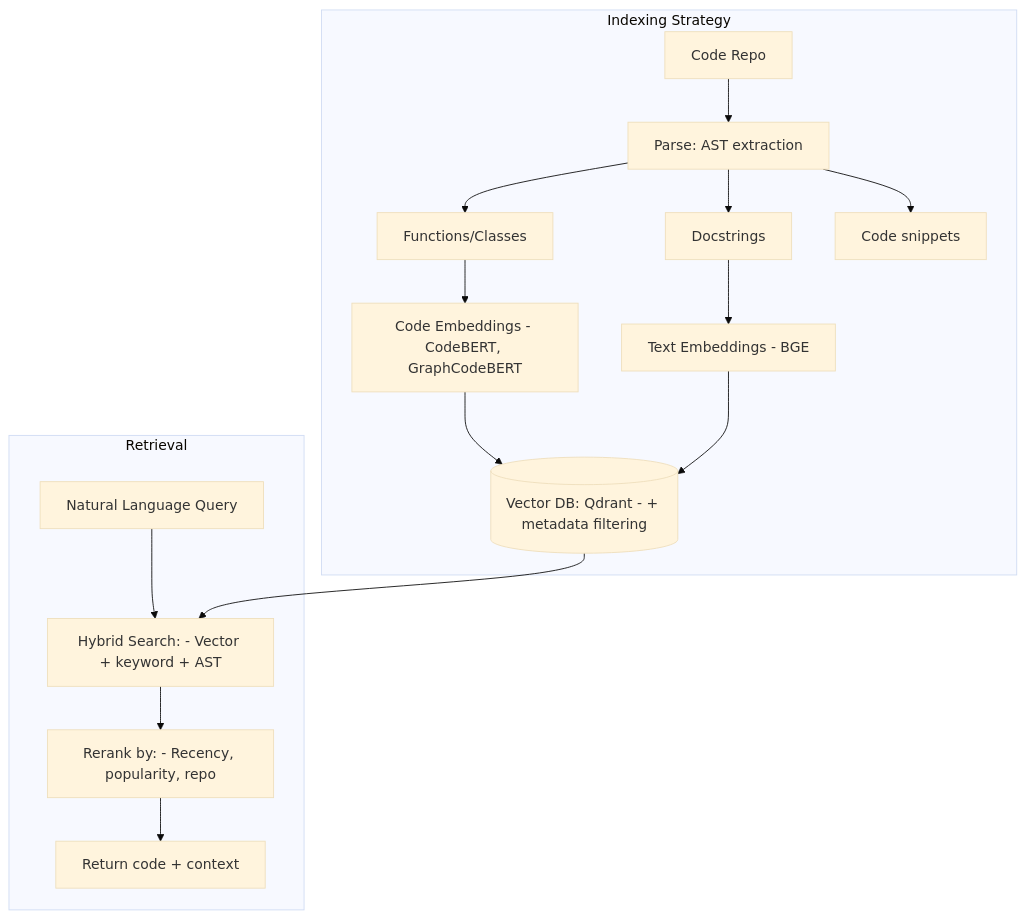
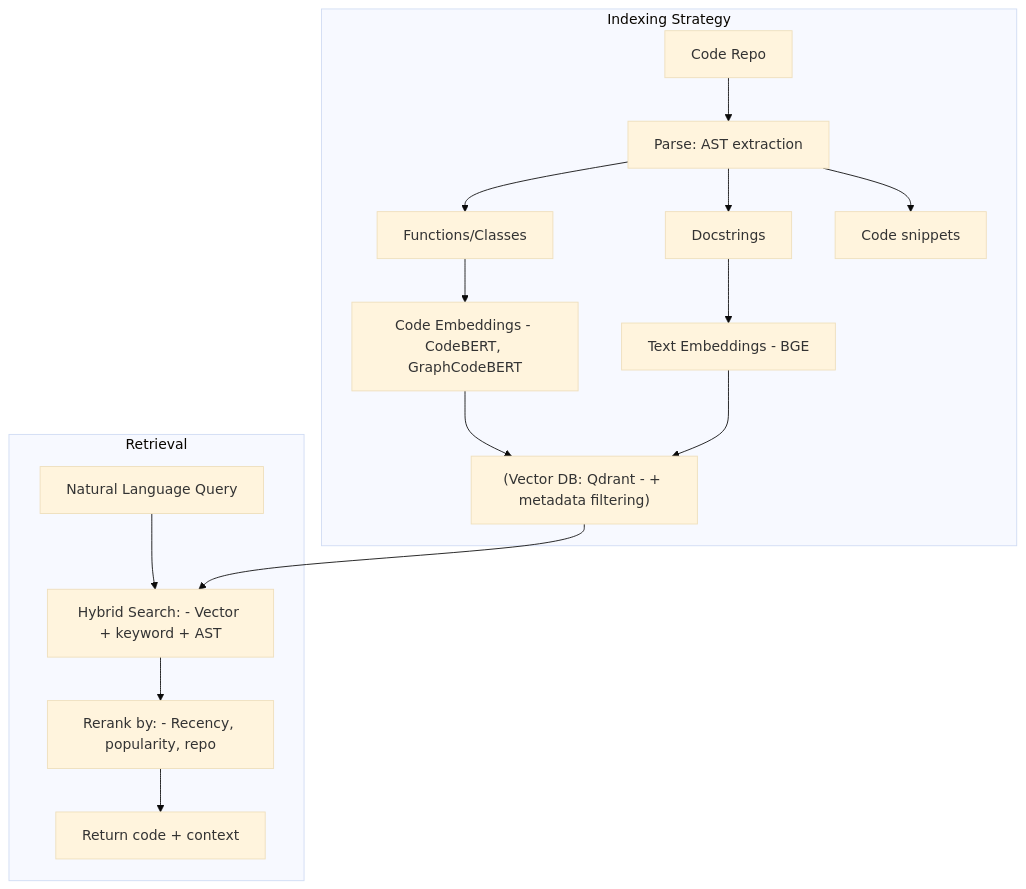
The second of 3 diagrams in docs/learning/10-interview-prep.md (indhra/llm_rag_sec_findings), drawn with Mermaid (base theme) before and after one commit. The commit also changed other lines of this file and 9 other files, not shown here.

````diff
--- a/docs/learning/10-interview-prep.md
+++ b/docs/learning/10-interview-prep.md
@@ -455,22 +455,22 @@
 ```mermaid
 graph TB
     subgraph "Indexing Strategy"
-        C[Code Repo] --> P[Parse: AST extraction]
-        P --> F1[Functions/Classes]
+        C[Code Repo] --> P["Parse: AST extraction"]
+        P --> F1["Functions/Classes"]
         P --> F2[Docstrings]
         P --> F3[Code snippets]
         
-        F1 --> E1[Code Embeddings - CodeBERT, GraphCodeBERT]
-        F2 --> E2[Text Embeddings - BGE]
+        F1 --> E1["Code Embeddings - CodeBERT, GraphCodeBERT"]
+        F2 --> E2["Text Embeddings - BGE"]
         
-        E1 --> V[(Vector DB: Qdrant - + metadata filtering)]
+        E1 --> V["(Vector DB: Qdrant - + metadata filtering)"]
         E2 --> V
     end
     
     subgraph "Retrieval"
-        Q[Natural Language Query] --> H[Hybrid Search: - Vector + keyword + AST]
+        Q[Natural Language Query] --> H["Hybrid Search: - Vector + keyword + AST"]
         V --> H
-        H --> RR[Rerank by: - Recency, popularity, repo]
-        RR --> R[Return code + context]
+        H --> RR["Rerank by: - Recency, popularity, repo"]
+        RR --> R["Return code + context"]
     end
 ```
````
